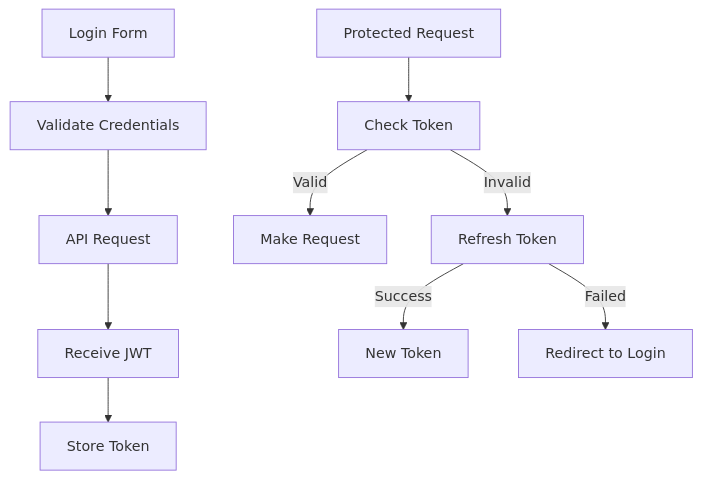
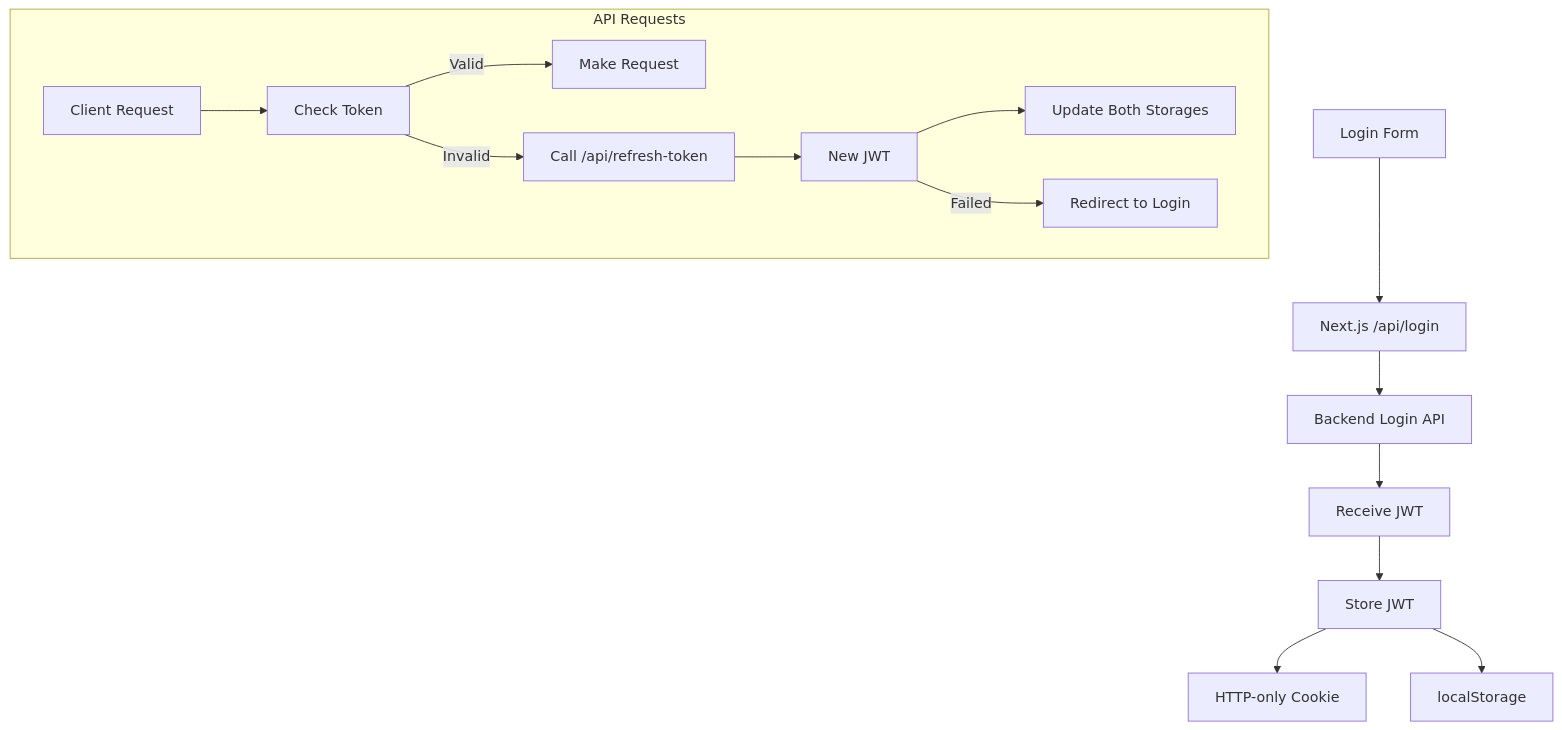
One commit to tamrivera05/bos changed the fifth of 7 diagrams in memory-bank/systemPatterns.md. Above: the diagram before and after it, drawn with Mermaid. The commit also changed other lines of this file and 3 other files, not shown here.

Commit message:
Feat: Enhance authentication system with dual JWT storage and Next.js API routes

````diff
--- a/memory-bank/systemPatterns.md
+++ b/memory-bank/systemPatterns.md
@@ -157,13 +157,19 @@
   ```mermaid
   flowchart TD
-      Login[Login Form] --> Validate[Validate Credentials]
-      Validate --> API[API Request]
-      API --> JWT[Receive JWT]
-      JWT --> Store[Store Token]
+      Login[Login Form] --> NextAPI[Next.js /api/login]
+      NextAPI --> BackendAPI[Backend Login API]
+      BackendAPI --> JWT[Receive JWT]
+      JWT --> Store[Store JWT]
       
-      Request[Protected Request] --> Check[Check Token]
-      Check -->|Valid| Proceed[Make Request]
-      Check -->|Invalid| Refresh[Refresh Token]
-      Refresh -->|Success| NewJWT[New Token]
-      Refresh -->|Failed| Redirect[Redirect to Login]
+      Store --> Cookie[HTTP-only Cookie]
+      Store --> Local[localStorage]
+      
+      subgraph "API Requests"
+        ClientReq[Client Request] --> Check[Check Token]
+        Check -->|Valid| Proceed[Make Request]
+        Check -->|Invalid| Refresh[Call /api/refresh-token]
+        Refresh --> NewJWT[New JWT]
+        NewJWT --> UpdateStore[Update Both Storages]
+        NewJWT -->|Failed| Redirect[Redirect to Login]
+      end
   ```
````
